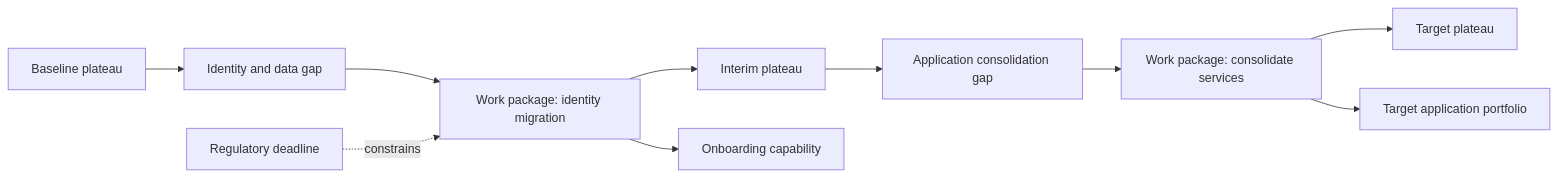
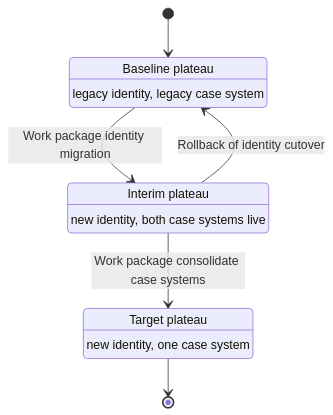
The seventh of 11 diagrams in 18_Enterprise_Architecture/CH03_ArchiMate.md (joydasss/Architect), drawn with Mermaid before and after one commit. The commit also changed other lines of this file and 22 other files, not shown here.

Commit message:
Architecture changes

````diff
--- a/18_Enterprise_Architecture/CH03_ArchiMate.md
+++ b/18_Enterprise_Architecture/CH03_ArchiMate.md
@@ -88,12 +288,14 @@
 ```mermaid
-flowchart LR
-    Baseline[Baseline plateau] --> GapA[Identity and data gap]
-    GapA --> WorkA[Work package: identity migration]
-    WorkA --> Interim[Interim plateau]
-    Interim --> GapB[Application consolidation gap]
-    GapB --> WorkB[Work package: consolidate services]
-    WorkB --> Target[Target plateau]
-    Constraint[Regulatory deadline] -. constrains .-> WorkA
-    WorkA --> Capability[Onboarding capability]
-    WorkB --> Application[Target application portfolio]
+stateDiagram-v2
+    [*] --> Baseline
+    Baseline: Baseline plateau
+    Baseline: legacy identity, legacy case system
+    Baseline --> Interim: Work package identity migration
+    Interim: Interim plateau
+    Interim: new identity, both case systems live
+    Interim --> Target: Work package consolidate case systems
+    Target: Target plateau
+    Target: new identity, one case system
+    Interim --> Baseline: Rollback of identity cutover
+    Target --> [*]
 ```
````
